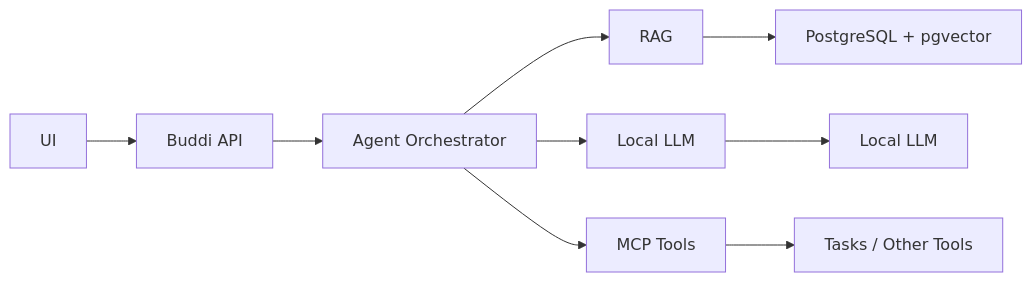
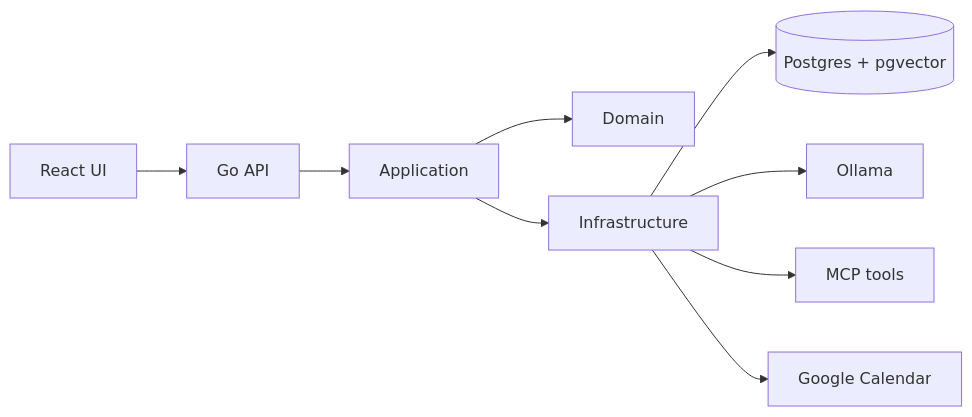
Before and after one commit to akinolaemmanuel49/buddi: the diagram in README.md, drawn with Mermaid. The commit also changed other lines of this file and 2 other files, not shown here.

````diff
--- a/README.md
+++ b/README.md
@@ -47,13 +17,11 @@
 ```mermaid
 flowchart LR
-    UI["UI"] --> API["Buddi API"]
-    API --> Orchestrator["Agent Orchestrator"]
-
-    Orchestrator --> RAG["RAG"]
-    Orchestrator --> LLM["Local LLM"]
-    Orchestrator --> MCP["MCP Tools"]
-
-    RAG --> DB["PostgreSQL + pgvector"]
-    LLM --> Model["Local LLM"]
-    MCP --> Tasks["Tasks / Other Tools"]
+    UI["React UI"] --> API["Go API"]
+    API --> APP["Application"]
+    APP --> DOM["Domain"]
+    APP --> INFRA["Infrastructure"]
+    INFRA --> DB[("Postgres + pgvector")]
+    INFRA --> LLM["Ollama"]
+    INFRA --> MCP["MCP tools"]
+    INFRA --> GAPI["Google Calendar"]
 ```
````
